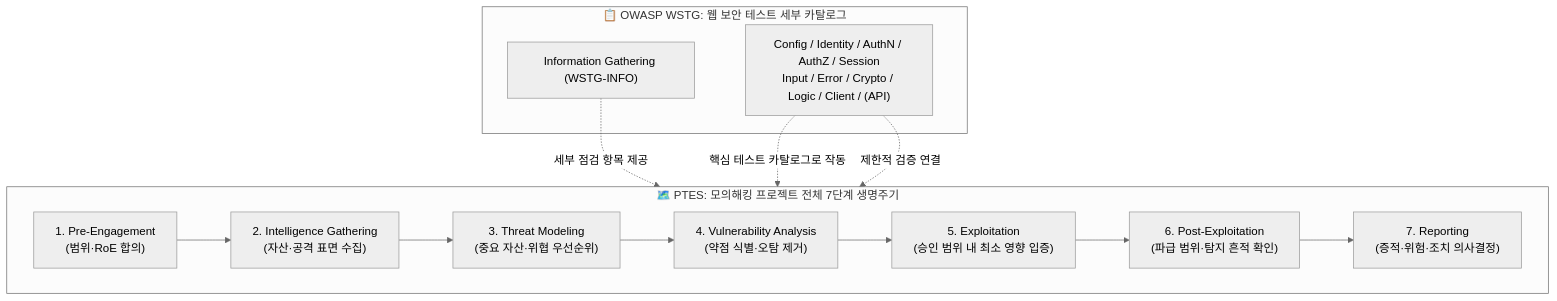
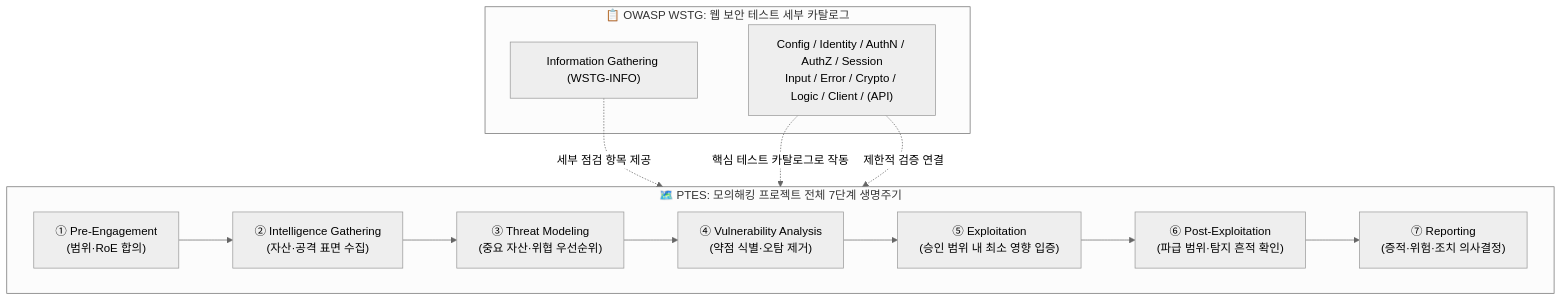
The first of 2 diagrams in content/모의해킹 기초/모의해킹 방법론 총정리 — PTES 7단계와 OWASP WSTG로 보는 진단 전체 지도.md (gooyong-sec/gooyong-sec.github.io), drawn with Mermaid (neutral theme) before and after one commit. The commit also changed 28 other files, not shown here.

First line of the commit message:
fix: eliminate remaining mermaid markdown-list misparse across all diagrams

````diff
--- a/content/모의해킹 기초/모의해킹 방법론 총정리 — PTES 7단계와 OWASP WSTG로 보는 진단 전체 지도.md
+++ b/content/모의해킹 기초/모의해킹 방법론 총정리 — PTES 7단계와 OWASP WSTG로 보는 진단 전체 지도.md
@@ -18,21 +18,21 @@
 ```mermaid
 flowchart TD
     subgraph PTES["🗺️ PTES: 모의해킹 프로젝트 전체 7단계 생명주기"]
         direction LR
-        P1["1. Pre-Engagement<br/>(범위·RoE 합의)"] --> P2["2. Intelligence Gathering<br/>(자산·공격 표면 수집)"]
-        P2 --> P3["3. Threat Modeling<br/>(중요 자산·위협 우선순위)"]
-        P3 --> P4["4. Vulnerability Analysis<br/>(약점 식별·오탐 제거)"]
-        P4 --> P5["5. Exploitation<br/>(승인 범위 내 최소 영향 입증)"]
-        P5 --> P6["6. Post-Exploitation<br/>(파급 범위·탐지 흔적 확인)"]
-        P6 --> P7["7. Reporting<br/>(증적·위험·조치 의사결정)"]
+        P1["① Pre-Engagement<br/>(범위·RoE 합의)"] --> P2["② Intelligence Gathering<br/>(자산·공격 표면 수집)"]
+        P2 --> P3["③ Threat Modeling<br/>(중요 자산·위협 우선순위)"]
+        P3 --> P4["④ Vulnerability Analysis<br/>(약점 식별·오탐 제거)"]
+        P4 --> P5["⑤ Exploitation<br/>(승인 범위 내 최소 영향 입증)"]
+        P5 --> P6["⑥ Post-Exploitation<br/>(파급 범위·탐지 흔적 확인)"]
+        P6 --> P7["⑦ Reporting<br/>(증적·위험·조치 의사결정)"]
     end
 
     subgraph WSTG["📋 OWASP WSTG: 웹 보안 테스트 세부 카탈로그"]
         W1["Information Gathering (WSTG-INFO)"]
         W2["Config / Identity / AuthN / AuthZ / Session<br/>Input / Error / Crypto / Logic / Client / (API)"]
     end
 
     W1 -. "세부 점검 항목 제공" .-> P2
     W2 -. "핵심 테스트 카탈로그로 작동" .-> P4
     W2 -. "제한적 검증 연결" .-> P5
 ```
````
